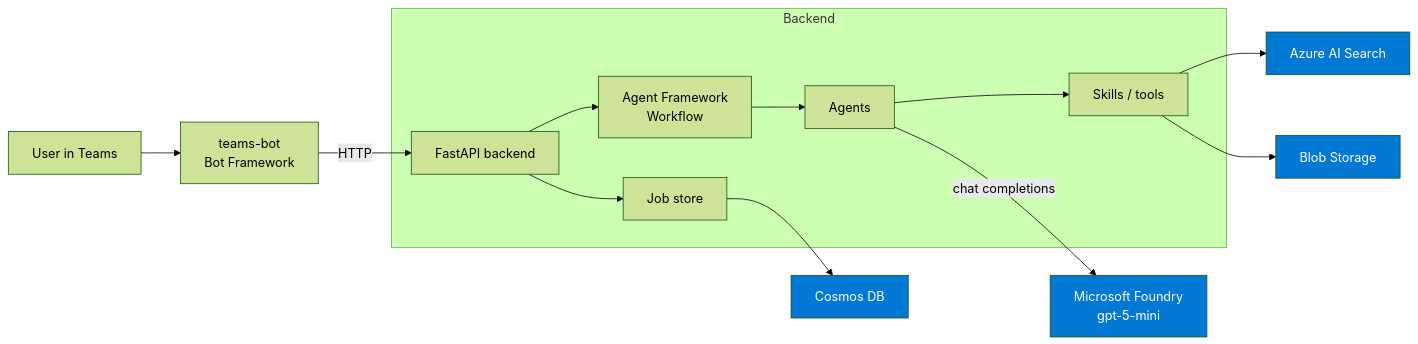
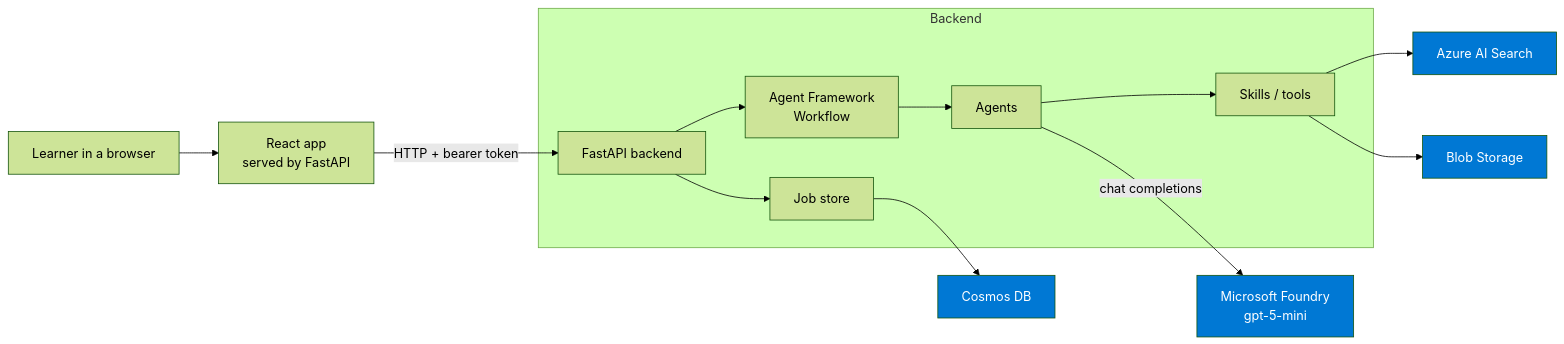
One commit to himanshuluciferr/LearnForgeAI changed the first of 3 diagrams in docs/architecture.md. Above: the diagram before and after it, drawn with Mermaid (forest theme). The commit also changed other lines of this file, not shown here.

First line of the commit message:
docs: bring the architecture doc back in line with the code

````diff
--- a/docs/architecture.md
+++ b/docs/architecture.md
@@ -44,22 +48,22 @@
 ```mermaid
 flowchart LR
-    U[User in Teams] --> B[teams-bot<br/>Bot Framework]
-    B -->|HTTP| API[FastAPI backend]
+    U[Learner in a browser] --> APP[React app<br/>served by FastAPI]
+    APP -->|HTTP + bearer token| API[FastAPI backend]
 
     subgraph Backend
         API --> JOB[Job store]
         API --> WF[Agent Framework<br/>Workflow]
         WF --> AG[Agents]
         AG --> SK[Skills / tools]
     end
 
     AG -->|chat completions| F[Microsoft Foundry<br/>gpt-5-mini]
     SK --> SEARCH[Azure AI Search]
     SK --> BLOB[Blob Storage]
     JOB --> COSMOS[Cosmos DB]
 
     style F fill:#0078d4,color:#fff
     style SEARCH fill:#0078d4,color:#fff
     style BLOB fill:#0078d4,color:#fff
     style COSMOS fill:#0078d4,color:#fff
 ```
````
